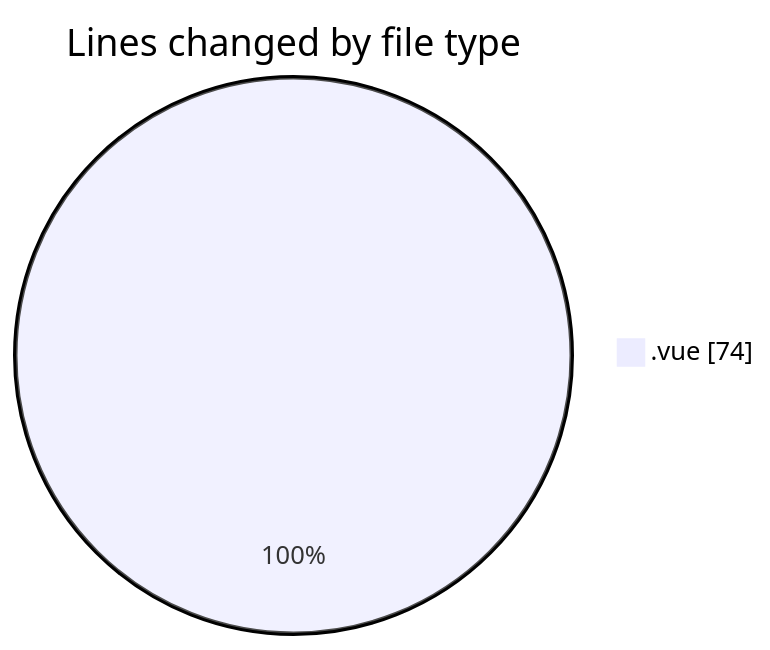
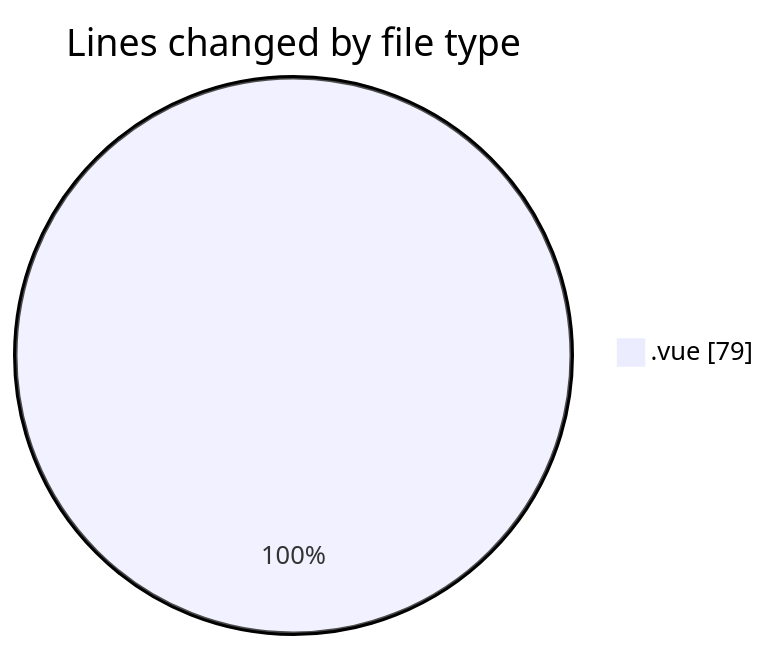
One commit to lephambinh05/code-tracking changed the first of 2 diagrams in 2025-08-11/rentotp/README.md. Above: the diagram before and after it, drawn with Mermaid. The commit also changed other lines of this file and 1 other file, not shown here.

````diff
--- a/2025-08-11/rentotp/README.md
+++ b/2025-08-11/rentotp/README.md
@@ -21,5 +21,5 @@
 ```mermaid
 pie showData
 title Lines changed by file type
-".vue" : 74
+".vue" : 79
 ```
````
